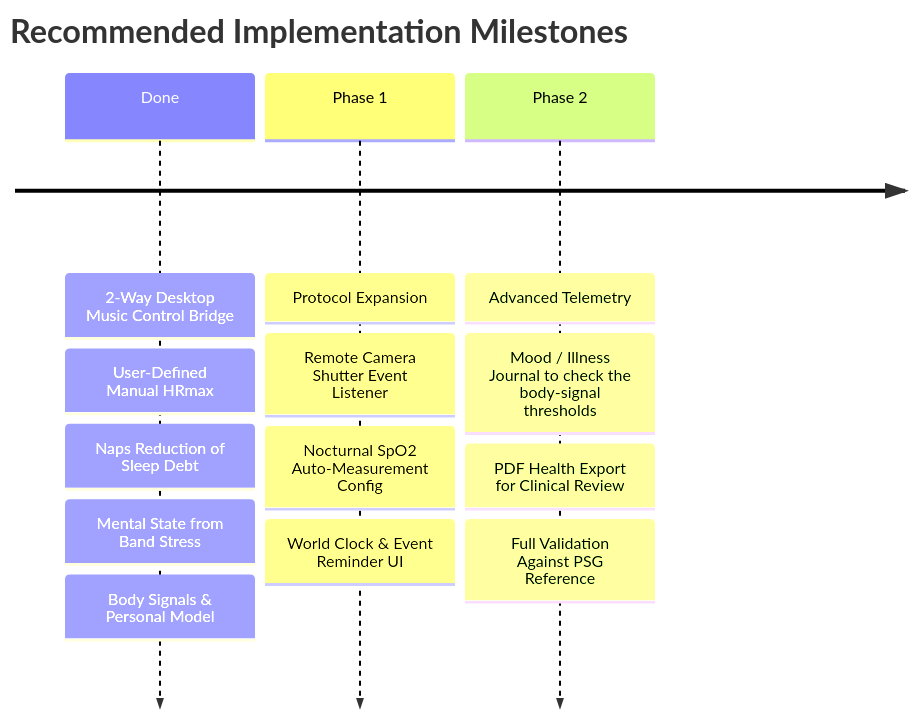
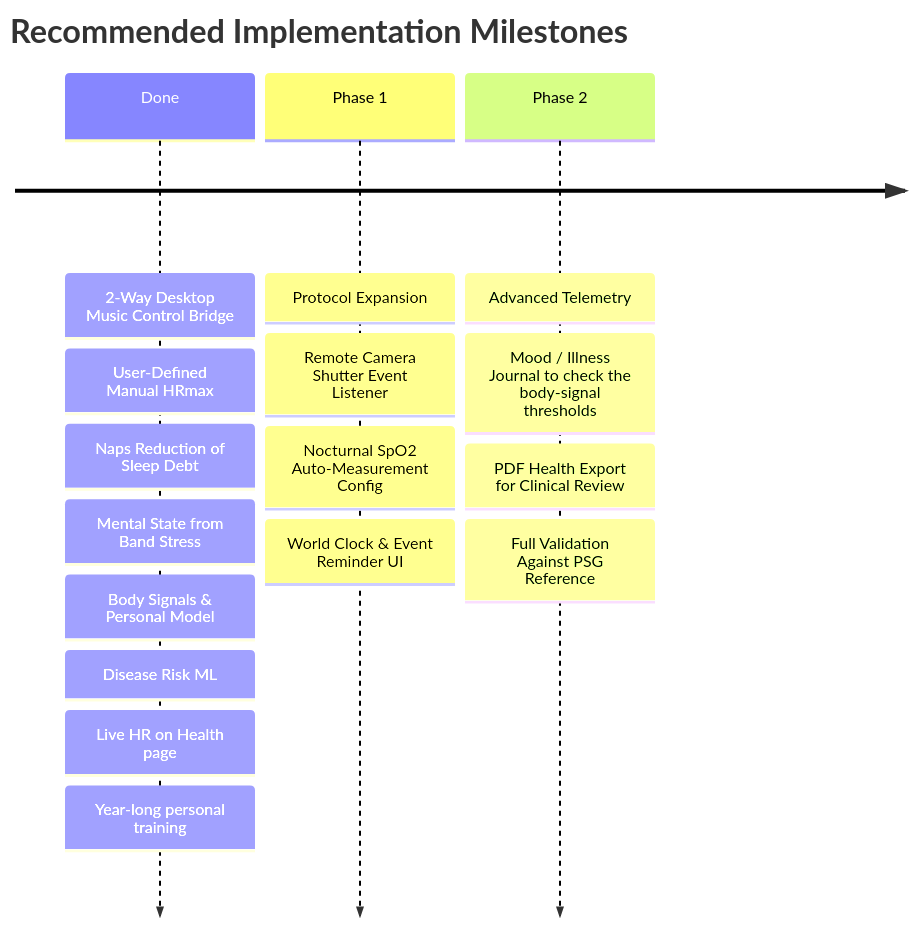
One commit to nhatanhpico/MiBand6 changed the third of 3 diagrams in EVALUATION.md. Above: the diagram before and after it, drawn with Mermaid. The commit also changed other lines of this file and 5 other files, not shown here.

First line of the commit message:
docs: document disease risk models, live heart rate and long-history learning

````diff
--- a/EVALUATION.md
+++ b/EVALUATION.md
@@ -229,7 +249,7 @@
 ```mermaid
 timeline
     title Recommended Implementation Milestones
-    Done : 2-Way Desktop Music Control Bridge : User-Defined Manual HRmax : Naps Reduction of Sleep Debt : Mental State from Band Stress : Body Signals & Personal Model
+    Done : 2-Way Desktop Music Control Bridge : User-Defined Manual HRmax : Naps Reduction of Sleep Debt : Mental State from Band Stress : Body Signals & Personal Model : Disease Risk ML : Live HR on Health page : Year-long personal training
     Phase 1 : Protocol Expansion : Remote Camera Shutter Event Listener : Nocturnal SpO2 Auto-Measurement Config : World Clock & Event Reminder UI
     Phase 2 : Advanced Telemetry : Mood / Illness Journal to check the body-signal thresholds : PDF Health Export for Clinical Review : Full Validation Against PSG Reference
 ```
````
